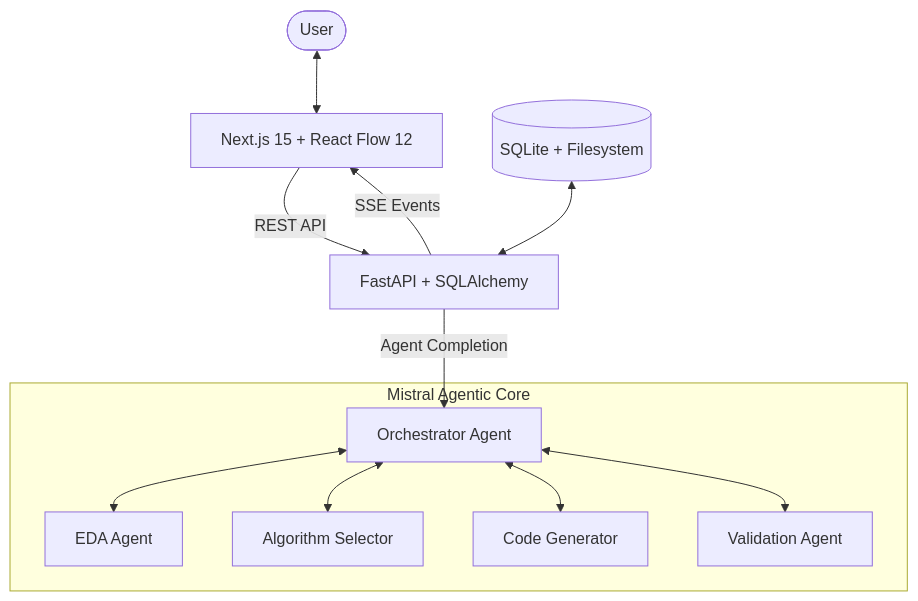
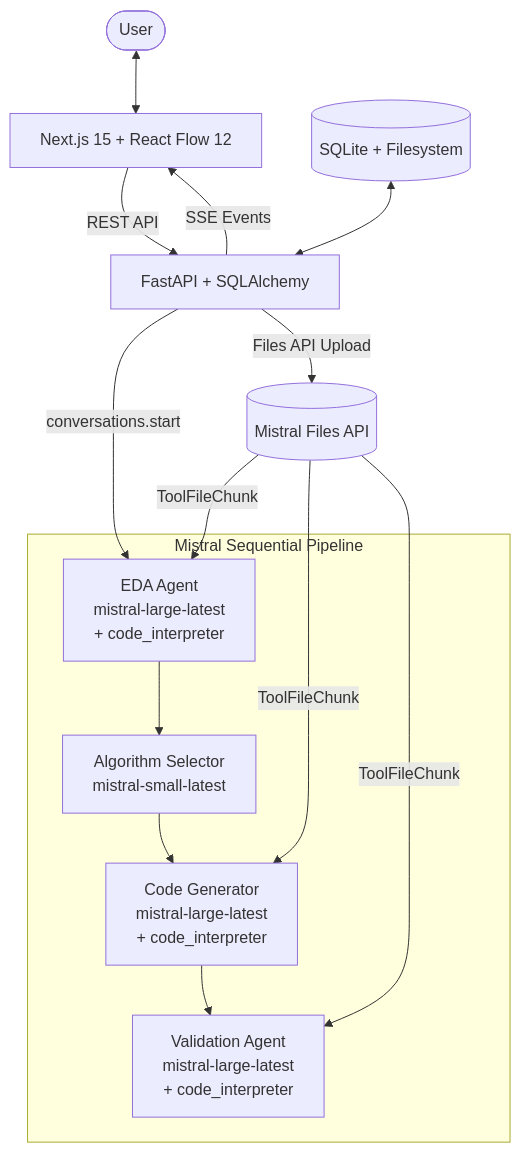
The diagram in README.md (Kacper0199/anomalistral), drawn with Mermaid before and after one commit. The commit also changed other lines of this file and 4 other files, not shown here.

````diff
--- a/README.md
+++ b/README.md
@@ -18,22 +18,22 @@
 ```mermaid
 graph TD
     User([User]) <--> Frontend[Next.js 15 + React Flow 12]
     Frontend -- REST API --> Backend[FastAPI + SQLAlchemy]
     Backend -- SSE Events --> Frontend
-    
-    subgraph "Mistral Agentic Core"
-        Orchestrator[Orchestrator Agent]
-        EDA[EDA Agent]
-        Algo[Algorithm Selector]
-        CodeGen[Code Generator]
-        Validator[Validation Agent]
-        
-        Orchestrator <--> EDA
-        Orchestrator <--> Algo
-        Orchestrator <--> CodeGen
-        Orchestrator <--> Validator
+
+    subgraph "Mistral Sequential Pipeline"
+        EDA[EDA Agent<br/>mistral-large-latest<br/>+ code_interpreter]
+        Algo[Algorithm Selector<br/>mistral-small-latest]
+        CodeGen[Code Generator<br/>mistral-large-latest<br/>+ code_interpreter]
+        Validator[Validation Agent<br/>mistral-large-latest<br/>+ code_interpreter]
+
+        EDA --> Algo --> CodeGen --> Validator
     end
-    
-    Backend -- Agent Completion --> Orchestrator
+
+    Backend -- conversations.start --> EDA
+    Backend -- Files API Upload --> MistralFiles[(Mistral Files API)]
+    MistralFiles -- ToolFileChunk --> EDA
+    MistralFiles -- ToolFileChunk --> CodeGen
+    MistralFiles -- ToolFileChunk --> Validator
     Storage[(SQLite + Filesystem)] <--> Backend
 ```
````
